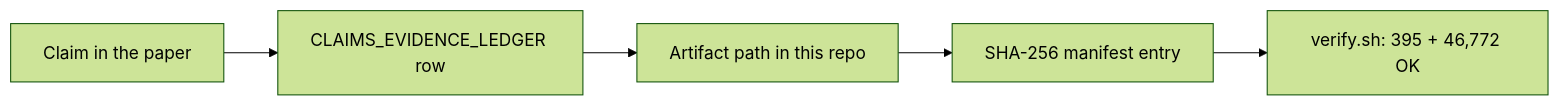
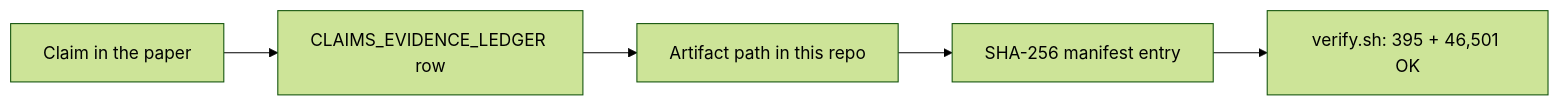
The diagram in README.md (0xLAB-art/belief-tomography-artifact), drawn with Mermaid (forest theme) before and after one commit. The commit also changed other lines of this file and 273 other files, not shown here.

````diff
--- a/README.md
+++ b/README.md
@@ -51,7 +51,7 @@
 ```mermaid
 flowchart LR
     A["Claim in the paper"] --> B["CLAIMS_EVIDENCE_LEDGER row"]
     B --> C["Artifact path in this repo"]
     C --> D["SHA-256 manifest entry"]
-    D --> E["verify.sh: 395 + 46,772 OK"]
+    D --> E["verify.sh: 395 + 46,501 OK"]
 ```
````
